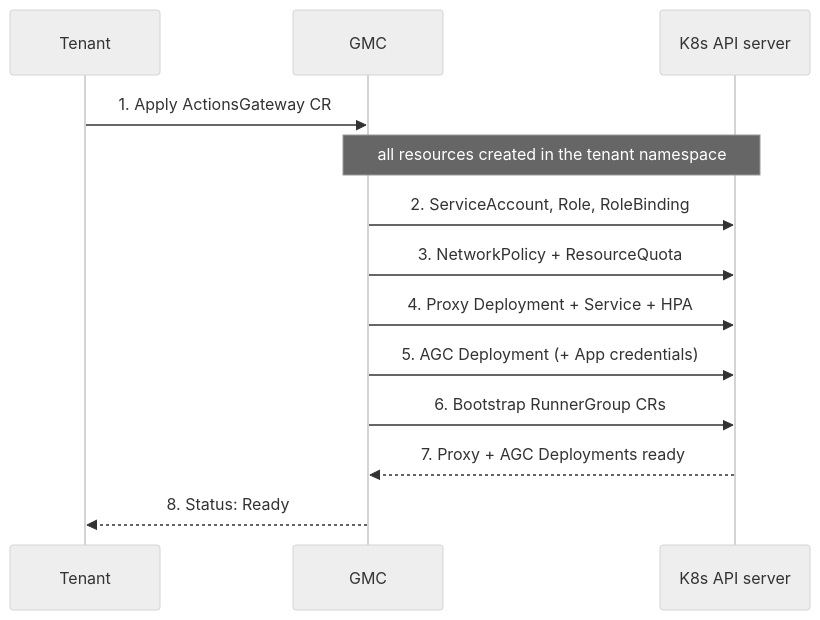
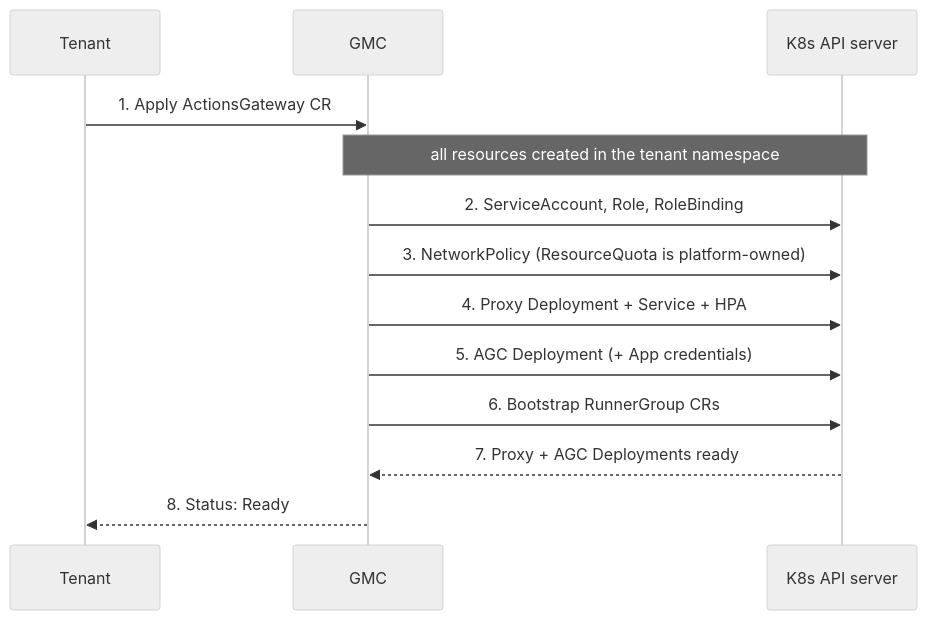
Before and after one commit to actions-gateway/github-actions-gateway: the first of 8 diagrams in docs/design/04-operational-flows.md, drawn with Mermaid (neutral theme). The commit also changed other lines of this file and 30 other files, not shown here.

First line of the commit message:
feat(gmc)!: platform-owned ResourceQuota — remove tenant spec.namespaceQuota (Q130) (#222)

````diff
--- a/docs/design/04-operational-flows.md
+++ b/docs/design/04-operational-flows.md
@@ -13,15 +13,15 @@
 ```mermaid
 sequenceDiagram
     participant T as Tenant
     participant G as GMC
     participant K as K8s API server
     T->>G: 1. Apply ActionsGateway CR
     Note over G,K: all resources created in the tenant namespace
     G->>K: 2. ServiceAccount, Role, RoleBinding
-    G->>K: 3. NetworkPolicy + ResourceQuota
+    G->>K: 3. NetworkPolicy (ResourceQuota is platform-owned)
     G->>K: 4. Proxy Deployment + Service + HPA
     G->>K: 5. AGC Deployment (+ App credentials)
     G->>K: 6. Bootstrap RunnerGroup CRs
     K-->>G: 7. Proxy + AGC Deployments ready
     G-->>T: 8. Status: Ready
 ```
````
